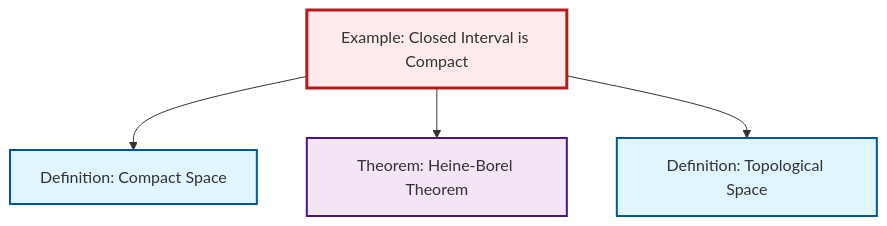
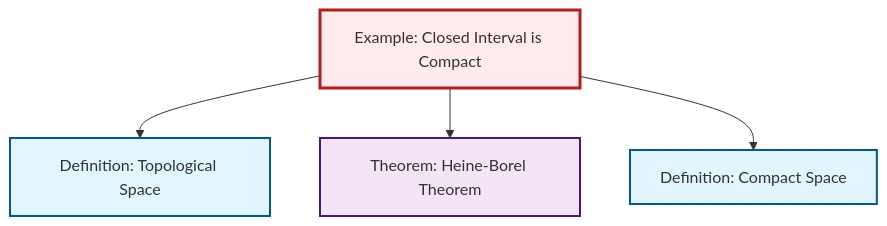
The diagram in content/ja/topology/ex-closed-interval-compact.qmd (RK0429/ModernMath), drawn with Mermaid before and after one commit. The commit also changed other lines of this file and 554 other files, not shown here.

````diff
--- a/content/ja/topology/ex-closed-interval-compact.qmd
+++ b/content/ja/topology/ex-closed-interval-compact.qmd
@@ -55,20 +55,20 @@
 ```{mermaid}
 %%| fig-cap: "Local dependency graph"
 graph TD
     classDef definition fill:#e1f5fe,stroke:#01579b,stroke-width:2px
     classDef theorem fill:#f3e5f5,stroke:#4a148c,stroke-width:2px
     classDef axiom fill:#fff3e0,stroke:#e65100,stroke-width:2px
     classDef example fill:#e8f5e9,stroke:#1b5e20,stroke-width:2px
     classDef current fill:#ffebee,stroke:#b71c1c,stroke-width:3px
+    def-compact["Definition: Compact Space"]:::definition
     ex-closed-interval-compact["Example: Closed Interval is Compact"]:::example
+    def-topological-space["Definition: Topological Space"]:::definition
     thm-heine-borel["Theorem: Heine-Borel Theorem"]:::theorem
-    def-compact["Definition: Compact Space"]:::definition
-    def-topological-space["Definition: Topological Space"]:::definition
+    ex-closed-interval-compact --> def-topological-space
+    ex-closed-interval-compact --> thm-heine-borel
     ex-closed-interval-compact --> def-compact
-    ex-closed-interval-compact --> thm-heine-borel
-    ex-closed-interval-compact --> def-topological-space
     class ex-closed-interval-compact current
-    click thm-heine-borel "thm-heine-borel.html" "Theorem: Heine-Borel Theoremへ"
     click def-compact "def-compact.html" "Definition: Compact Spaceへ"
     click def-topological-space "def-topological-space.html" "Definition: Topological Spaceへ"
+    click thm-heine-borel "thm-heine-borel.html" "Theorem: Heine-Borel Theoremへ"
 ```
````
